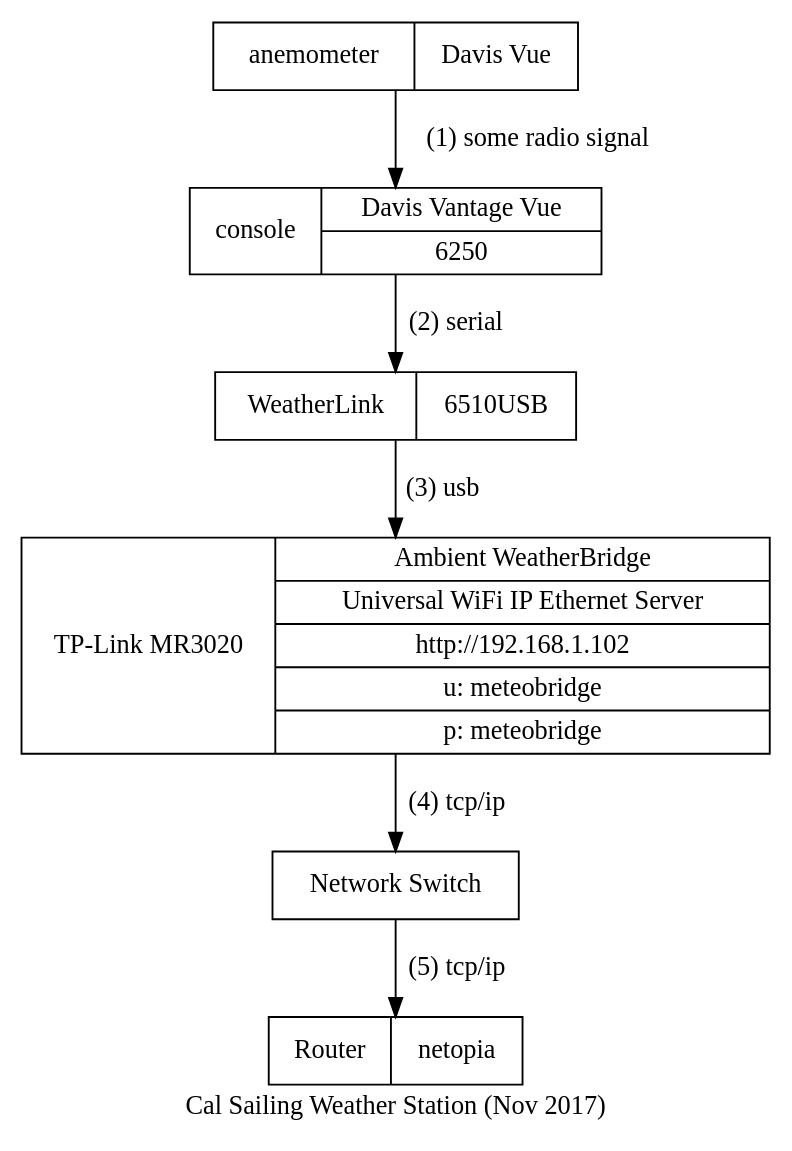
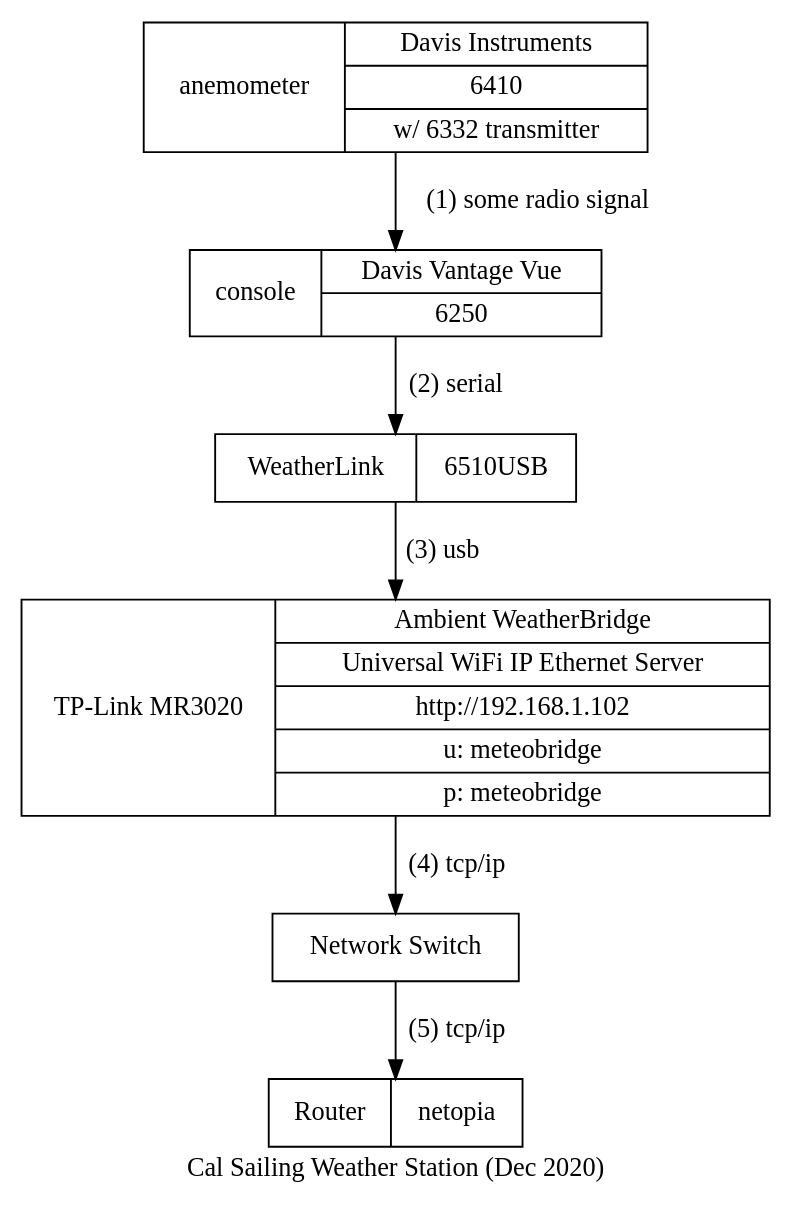
One commit to jhpoelen/cal-sailing-cam changed the diagram in weather-station.dot. Above: the diagram before and after it, drawn with Graphviz. The commit also changed 3 other files, not shown here.

Commit message:
upgrade diagrams

```diff
--- a/weather-station.dot
+++ b/weather-station.dot
@@ -1,32 +1,32 @@
 digraph rendle {
     "wind" [
-       label = "anemometer | { Davis Vue }"
+       label = "anemometer | { Davis Instruments | 6410 | w/ 6332 transmitter }"
        shape = "record"
     ]
     "console" [
         label = "console | { Davis Vantage Vue  | 6250 }"
 	 shape = "record"
     ]
     "link" [
         label = "WeatherLink | { 6510USB }"
         shape = "record"
     ]
     "link-ip" [
         label = "TP-Link MR3020  | { Ambient WeatherBridge | Universal WiFi IP Ethernet Server | http://192.168.1.102 | u: meteobridge | p: meteobridge }"
         shape = "record"
     ]
     "switch" [
         label = "Network Switch"
         shape = "record"
     ]
     "router" [
         label = "Router | { netopia }"
         shape = "record"
     ]
     "wind"->"console"[label="(1) some radio signal"]
     "console"->"link"[label="(2) serial"]
     "link"->"link-ip"[label="(3) usb"]
     "link-ip"->"switch"[label="(4) tcp/ip"]
     "switch"->"router"[label="(5) tcp/ip"]
-    label="Cal Sailing Weather Station (Nov 2017)"
+    label="Cal Sailing Weather Station (Dec 2020)"
 }
```
